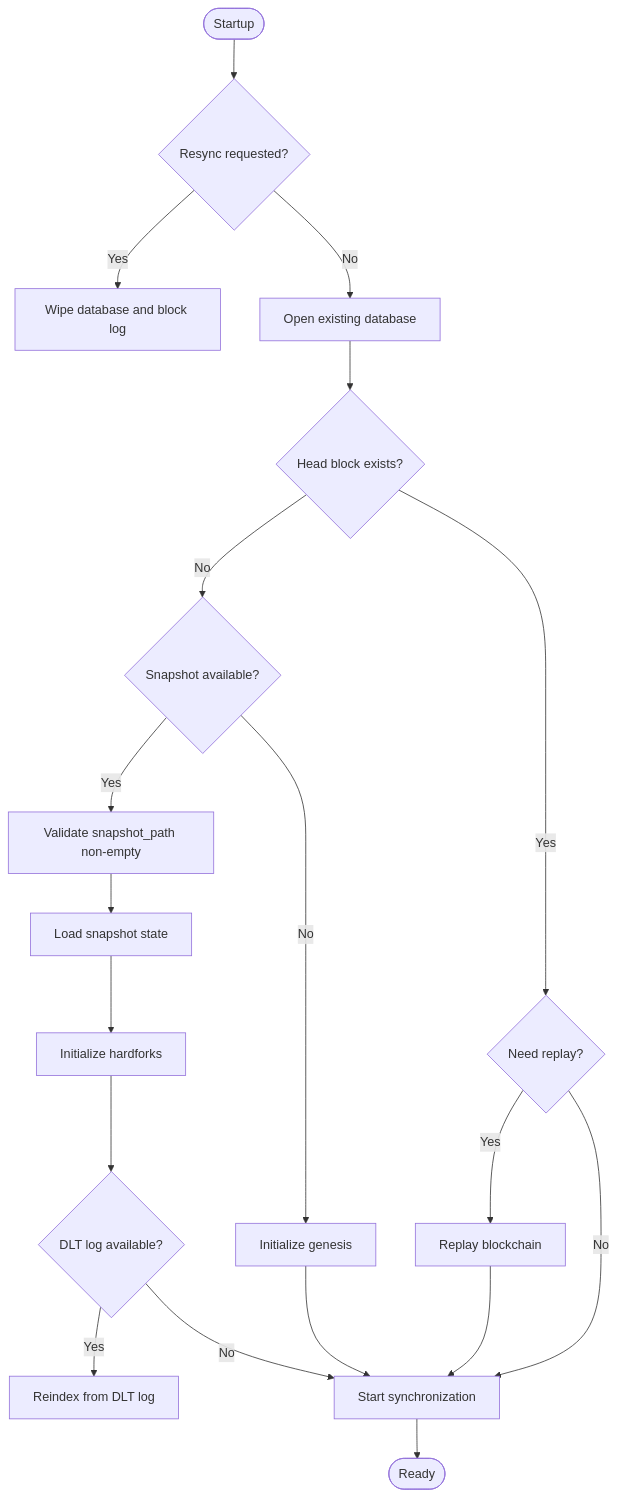
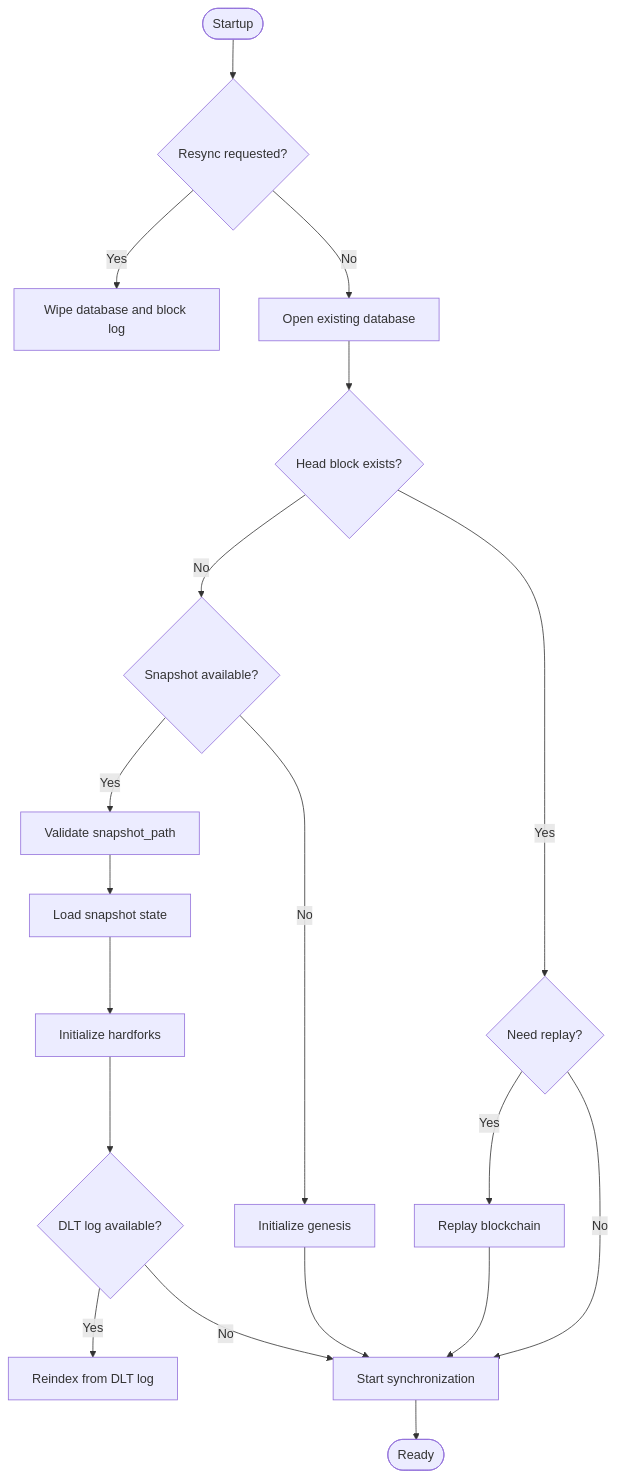
One commit to VIZ-Blockchain/viz-cpp-node changed the fourth of 9 diagrams in .qoder/repowiki/en/content/Chain Plugin.md. Above: the diagram before and after it, drawn with Mermaid. The commit also changed other lines of this file and 4 other files, not shown here.

````diff
--- a/.qoder/repowiki/en/content/Chain Plugin.md
+++ b/.qoder/repowiki/en/content/Chain Plugin.md
@@ -236,21 +250,21 @@
 ```mermaid
 flowchart TD
 Start([Startup]) --> CheckResync{"Resync requested?"}
 CheckResync --> |Yes| WipeDB["Wipe database and block log"]
 CheckResync --> |No| OpenDB["Open existing database"]
 OpenDB --> CheckHead{"Head block exists?"}
 CheckHead --> |No| CheckSnapshot{"Snapshot available?"}
 CheckHead --> |Yes| CheckReplay{"Need replay?"}
-CheckSnapshot --> |Yes| ValidateSnapshotPath["Validate snapshot_path non-empty"]
+CheckSnapshot --> |Yes| ValidateSnapshotPath["Validate snapshot_path"]
 ValidateSnapshotPath --> LoadSnapshot["Load snapshot state"]
 CheckSnapshot --> |No| InitGenesis["Initialize genesis"]
 LoadSnapshot --> InitHardforks["Initialize hardforks"]
 InitHardforks --> ReplayDLT{"DLT log available?"}
 ReplayDLT --> |Yes| ReindexDLT["Reindex from DLT log"]
 ReplayDLT --> |No| StartSync["Start synchronization"]
 CheckReplay --> |Yes| ReplayBlocks["Replay blockchain"]
 CheckReplay --> |No| StartSync
 ReplayBlocks --> StartSync
 InitGenesis --> StartSync
 StartSync --> Ready([Ready])
 ```
````
